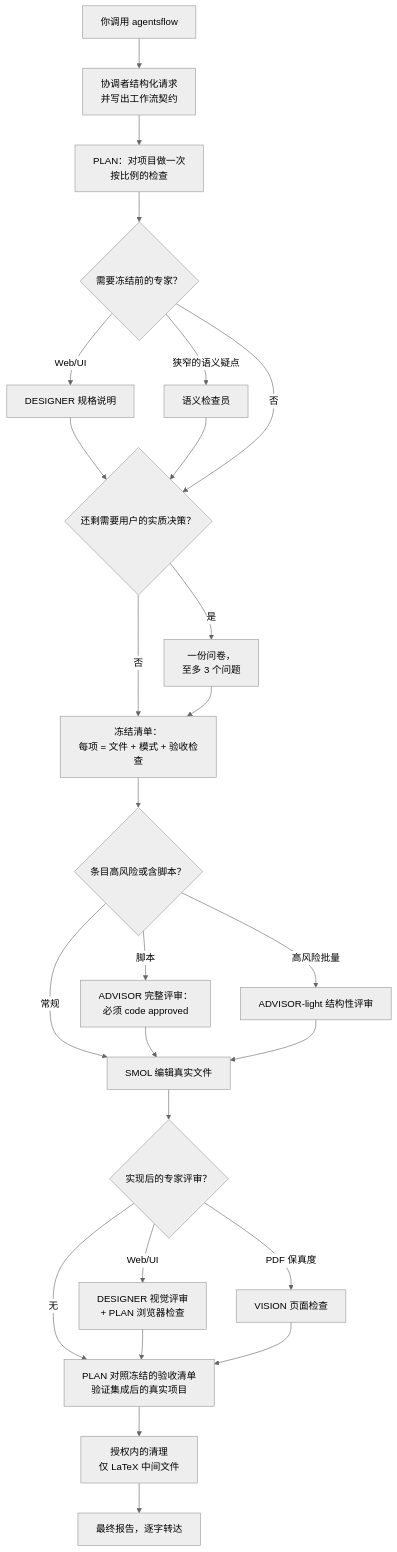
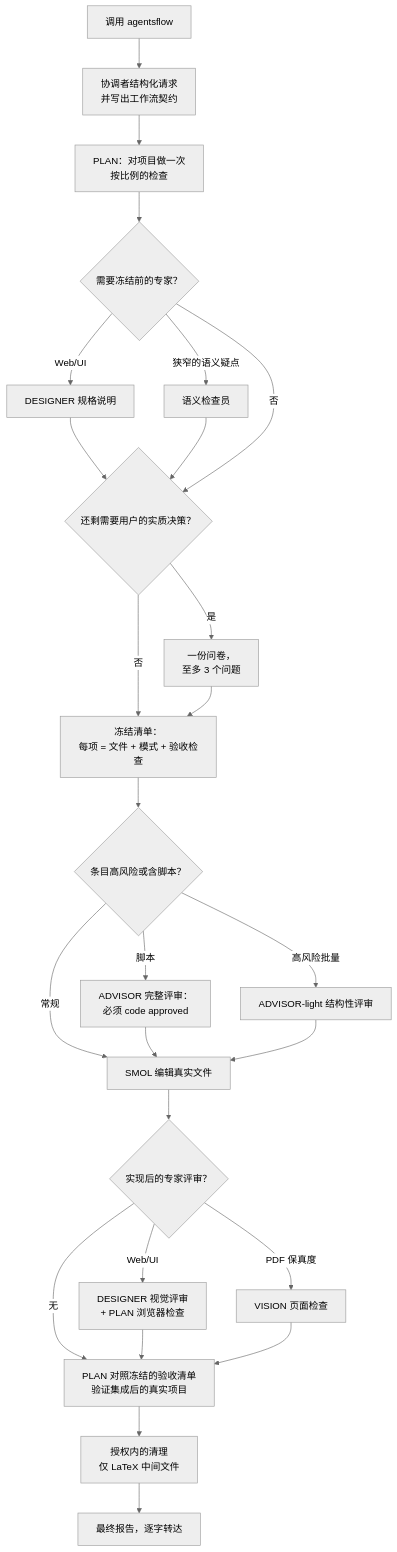
Before and after one commit to xzhang17/agentsflow: the diagram in README.zh-CN.md, drawn with Mermaid (neutral theme). The commit also changed other lines of this file and 1 other file, not shown here.

Commit message:
Reword diagram node and add Contributors section (EN + ZH)

````diff
--- a/README.zh-CN.md
+++ b/README.zh-CN.md
@@ -74,28 +75,28 @@
 ```mermaid
 flowchart TD
-    U[你调用 agentsflow] --> O[协调者结构化请求<br/>并写出工作流契约]
+    U[调用 agentsflow] --> O[协调者结构化请求<br/>并写出工作流契约]
     O --> P[PLAN：对项目做一次<br/>按比例的检查]
     P --> S{需要冻结前的专家？}
     S -->|Web/UI| D[DESIGNER 规格说明]
     S -->|狭窄的语义疑点| I[语义检查员]
     D --> Q
     I --> Q
     S -->|否| Q{还剩需要用户的实质决策？}
     Q -->|是| QQ[一份问卷，<br/>至多 3 个问题]
     Q -->|否| F
     QQ --> F[冻结清单：<br/>每项 = 文件 + 模式 + 验收检查]
     F --> R{条目高风险或含脚本？}
     R -->|脚本| A[ADVISOR 完整评审：<br/>必须 code approved]
     R -->|高风险批量| AL[ADVISOR-light 结构性评审]
     R -->|常规| SM
     A --> SM[SMOL 编辑真实文件]
     AL --> SM
     SM --> PD{实现后的专家评审？}
     PD -->|Web/UI| D2[DESIGNER 视觉评审<br/>+ PLAN 浏览器检查]
     PD -->|PDF 保真度| V[VISION 页面检查]
     PD -->|无| PV
     D2 --> PV
     V --> PV[PLAN 对照冻结的验收清单<br/>验证集成后的真实项目]
     PV --> H[授权内的清理<br/>仅 LaTeX 中间文件]
     H --> Rep[最终报告，逐字转达]
 ```
````
